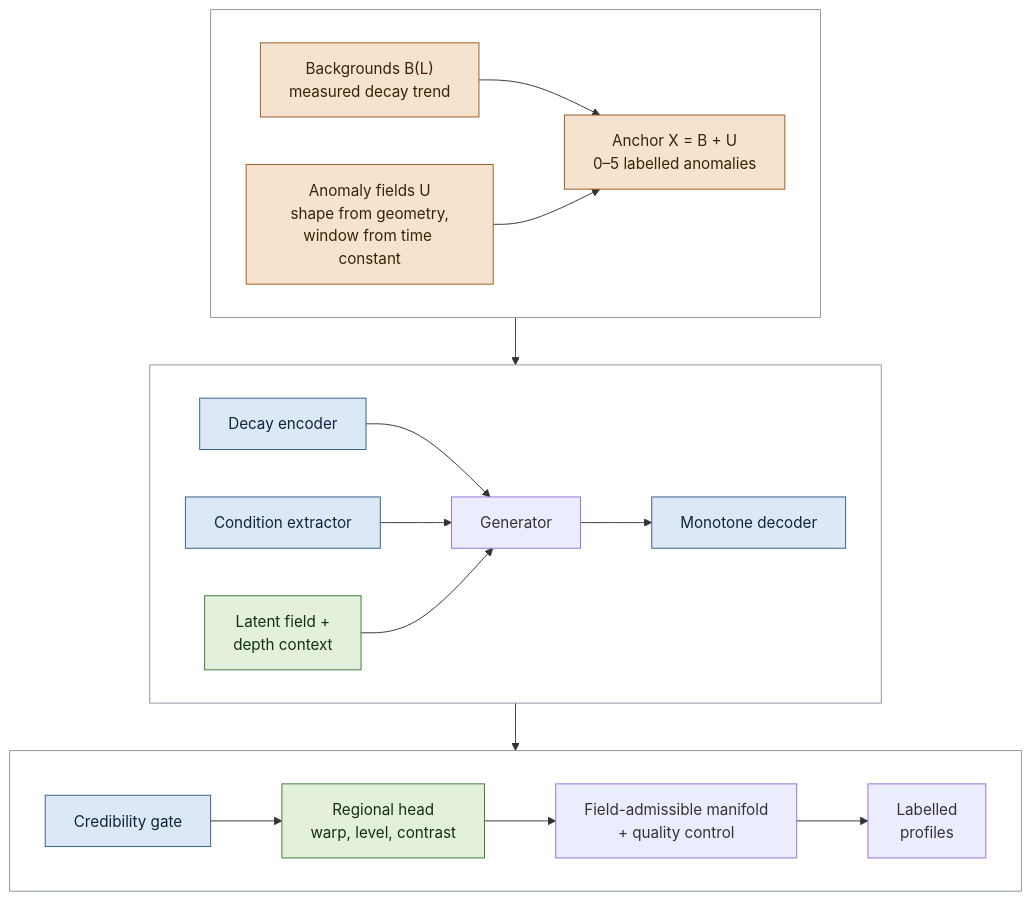
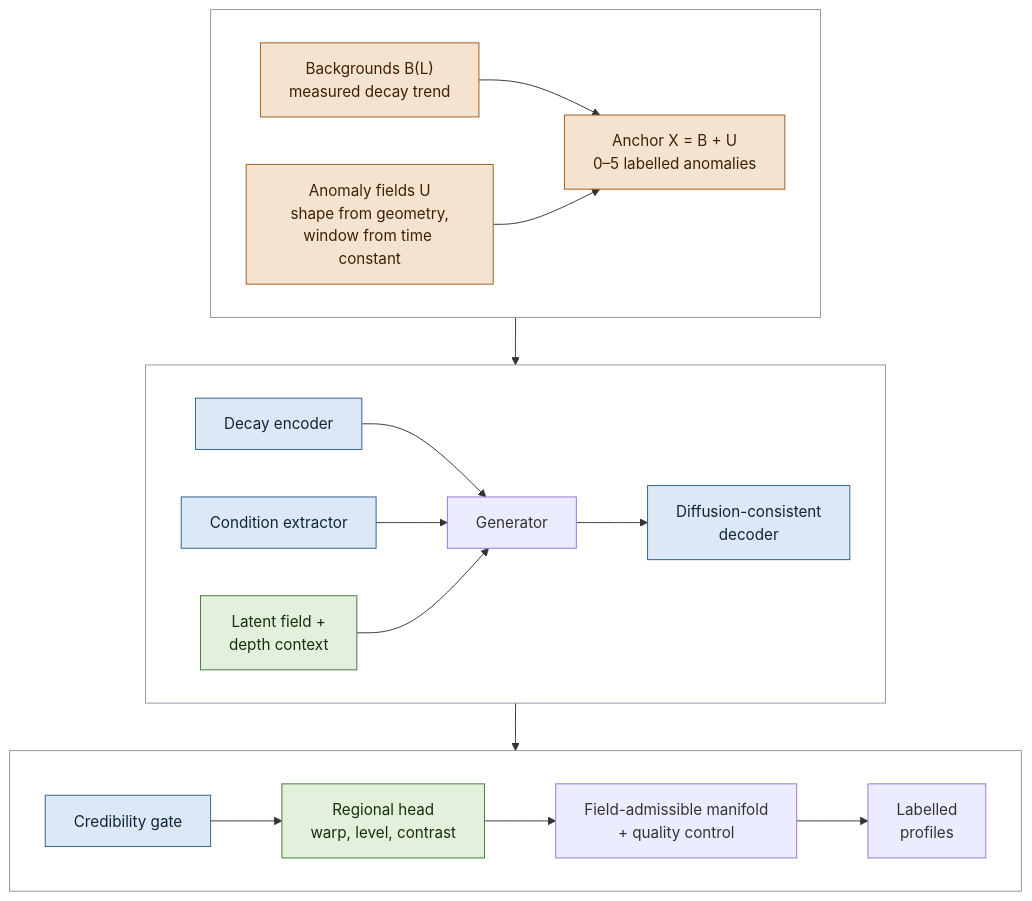
One commit to YYALD/STRATA changed the diagram in README.md. Above: the diagram before and after it, drawn with Mermaid. The commit also changed other lines of this file and 7 other files, not shown here.

Commit message:
Describe the decay constraint as diffusion-consistent feature preservation

````diff
--- a/README.md
+++ b/README.md
@@ -244,32 +247,32 @@
 ```mermaid
 flowchart TB
     subgraph S0 [" "]
         direction LR
         B["Backgrounds B(L)<br/>measured decay trend"] --> A["Anchor X = B + U<br/>0–5 labelled anomalies"]
         U["Anomaly fields U<br/>shape from geometry,<br/>window from time constant"] --> A
     end
     subgraph S1 [" "]
         direction LR
         E["Decay encoder"] --> G["Generator"]
         C["Condition extractor"] --> G
         Z["Latent field +<br/>depth context"] --> G
-        G --> R["Monotone decoder"]
+        G --> R["Diffusion-consistent<br/>decoder"]
     end
     subgraph S2 [" "]
         direction LR
         K["Credibility gate"] --> H["Regional head<br/>warp, level, contrast"]
         H --> Q["Field-admissible manifold<br/>+ quality control"]
         Q --> O["Labelled<br/>profiles"]
     end
     S0 --> S1
     S1 --> S2
     style S0 fill:none,stroke:#8c959f
     style S1 fill:none,stroke:#8c959f
     style S2 fill:none,stroke:#8c959f
     classDef joint fill:#f6e3cf,stroke:#9a5b1e,color:#3a2108
     classDef decay fill:#dce8f5,stroke:#2f5d8a,color:#10243a
     classDef space fill:#e2f0dc,stroke:#3d7a34,color:#14300f
     class B,U,A joint
     class E,C,R,K decay
     class Z,H space
 ```
````
